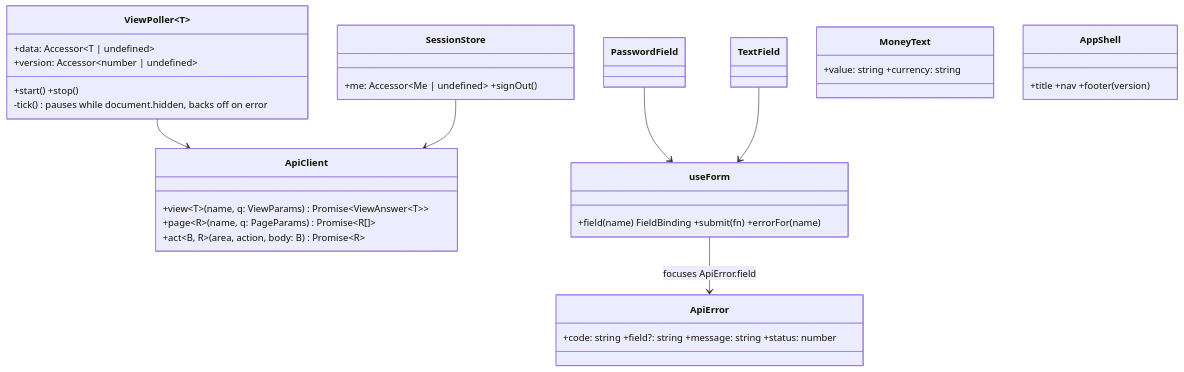
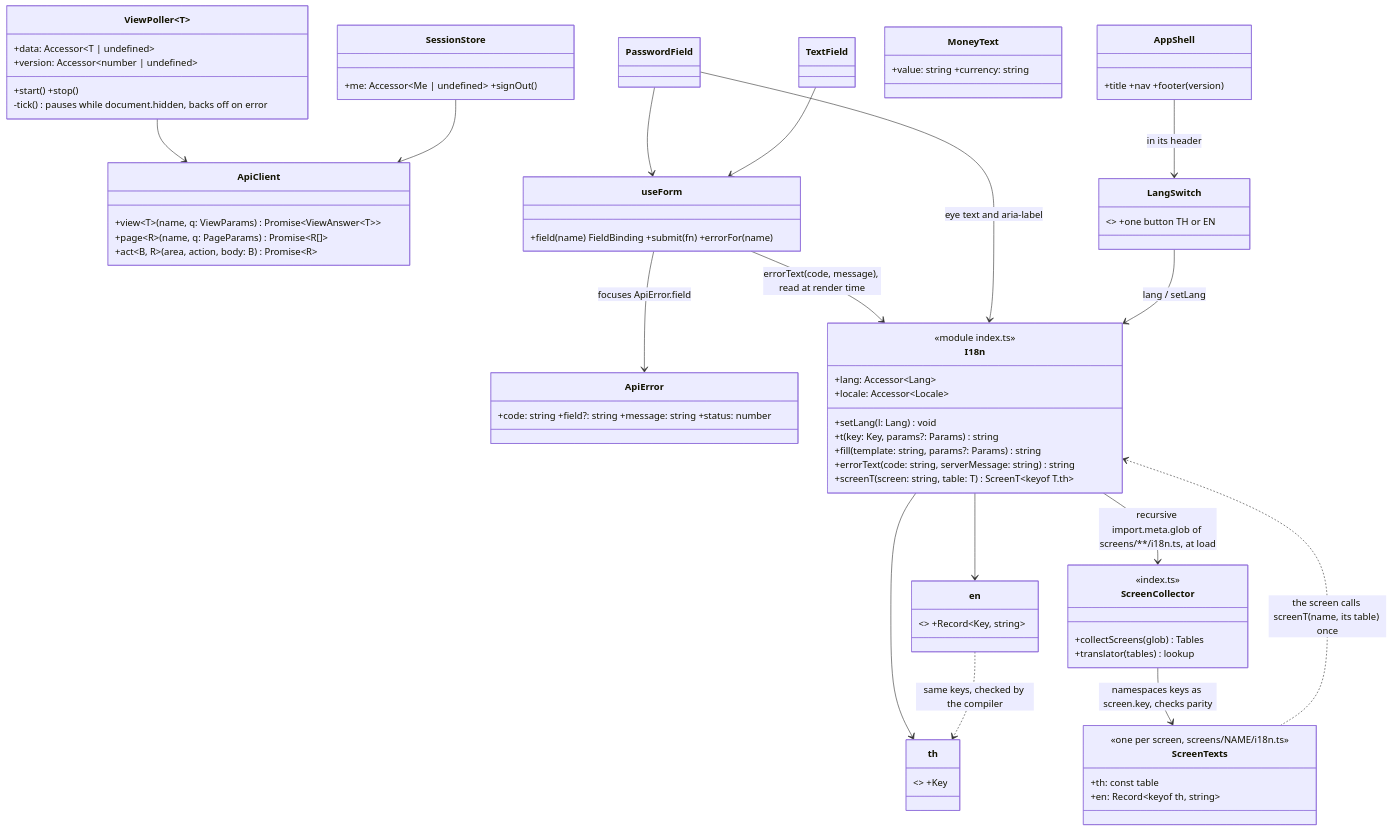
The second of 2 diagrams in docs/design/xchange-v3-web.md (yuthstyle88/xchange-dev), drawn with Mermaid before and after one commit. The commit also changed other lines of this file, not shown here.

First paragraph of the commit message:
docs(design): W10 — v3 screens in Thai and English through one shared i18n module (#427) (#428)
* docs(design): W10 — v3 screens in Thai and English through one shared i18n module (#427)

````diff
--- a/docs/design/xchange-v3-web.md
+++ b/docs/design/xchange-v3-web.md
@@ -284,27 +285,60 @@
 ```mermaid
 classDiagram
   class ApiClient {
     +view~T~(name, q: ViewParams) Promise~ViewAnswer~T~~
     +page~R~(name, q: PageParams) Promise~R[]~
     +act~B, R~(area, action, body: B) Promise~R~
   }
   class ApiError { +code: string +field?: string +message: string +status: number }
   class ViewPoller~T~ {
     +start() +stop()
     +data: Accessor~T | undefined~
     +version: Accessor~number | undefined~
     -tick() pauses while document.hidden, backs off on error
   }
   class SessionStore { +me: Accessor~Me | undefined~ +signOut() }
   class useForm { +field(name) FieldBinding +submit(fn) +errorFor(name) }
   class PasswordField
   class TextField
   class MoneyText { +value: string +currency: string }
   class AppShell { +title +nav +footer(version) }
+  class I18n {
+    <<module index.ts>>
+    +lang: Accessor~Lang~
+    +setLang(l: Lang) void
+    +locale: Accessor~Locale~
+    +t(key: Key, params?: Params) string
+    +fill(template: string, params?: Params) string
+    +errorText(code: string, serverMessage: string) string
+    +screenT(screen: string, table: T) ScreenT~keyof T.th~
+  }
+  class th { <<th.ts as const>> +Key }
+  class en { <<en.ts>> +Record~Key, string~ }
+  class ScreenTexts {
+    <<one per screen, screens/NAME/i18n.ts>>
+    +th: const table
+    +en: Record~keyof th, string~
+  }
+  class ScreenCollector {
+    <<index.ts>>
+    +collectScreens(glob) Tables
+    +translator(tables) lookup
+  }
+  class LangSwitch { <<LangSwitch.tsx>> +one button TH or EN }
 
   ViewPoller --> ApiClient
   SessionStore --> ApiClient
   useForm --> ApiError : focuses ApiError.field
+  useForm --> I18n : errorText(code, message), read at render time
   PasswordField --> useForm
+  PasswordField --> I18n : eye text and aria-label
   TextField --> useForm
+  AppShell --> LangSwitch : in its header
+  LangSwitch --> I18n : lang / setLang
+  I18n --> th
+  I18n --> en
+  en ..> th : same keys, checked by the compiler
+  I18n --> ScreenCollector : recursive import.meta.glob of screens/**/i18n.ts, at load
+  ScreenCollector --> ScreenTexts : namespaces keys as screen.key, checks parity
+  ScreenTexts ..> I18n : the screen calls screenT(name, its table) once
 ```
````
